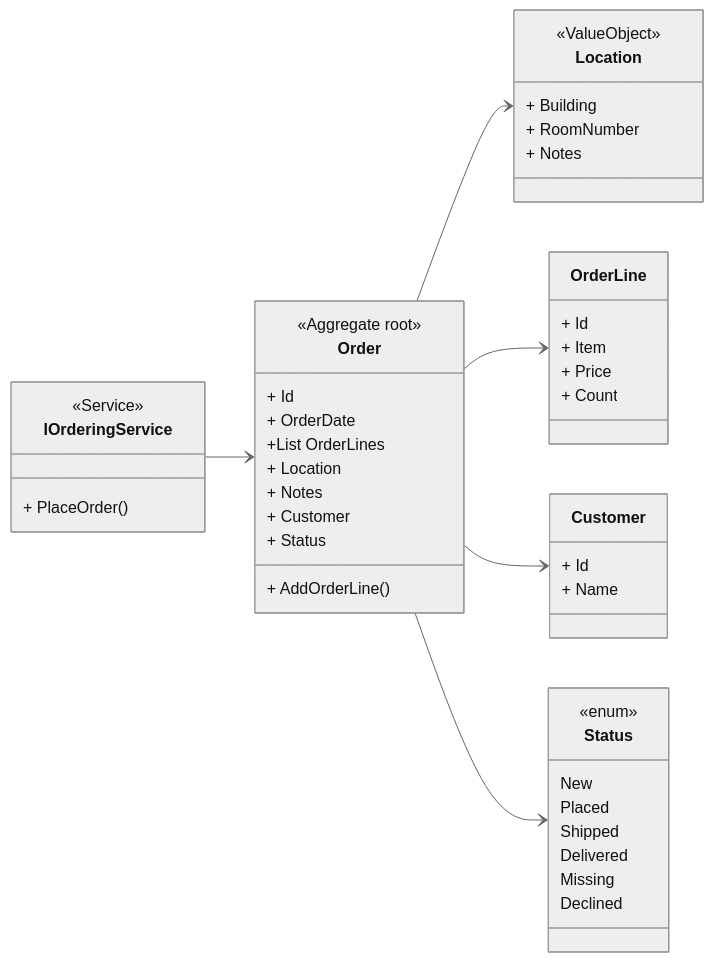
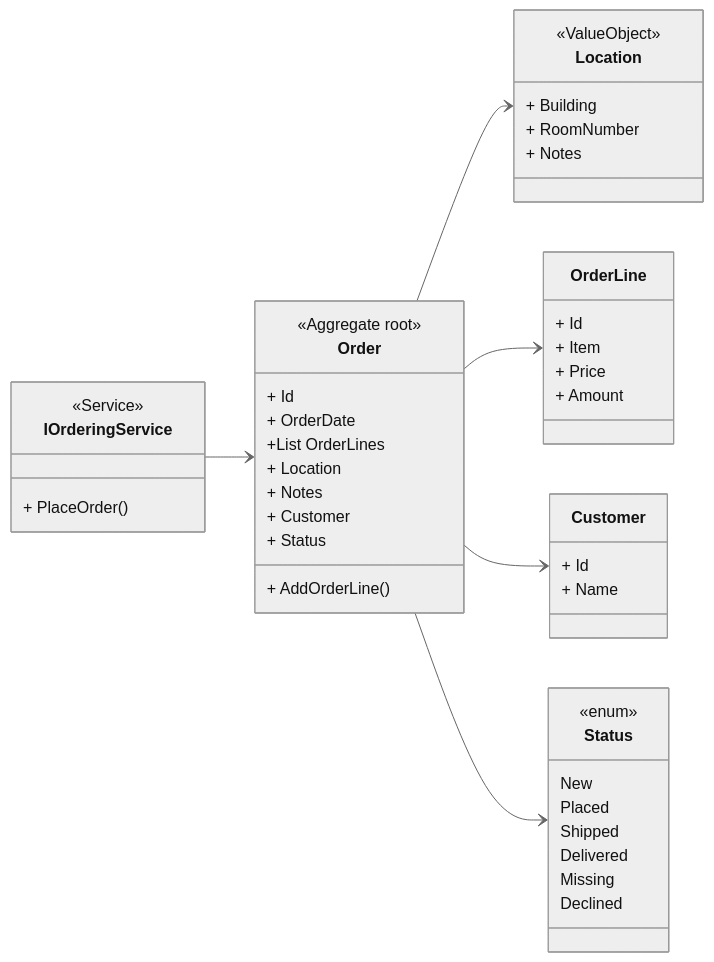
The diagram in Lab3/docs/4.mmd (dat240-2022/assignments), drawn with Mermaid (neutral theme) before and after one commit. The commit also changed 10 other files, not shown here.

```diff
--- a/Lab3/docs/4.mmd
+++ b/Lab3/docs/4.mmd
@@ -1,49 +1,49 @@
 
 classDiagram
     direction LR
     class IOrderingService {
         <<Service>>
         + PlaceOrder()
     }
     class Order {
         <<Aggregate root>>
         + Id
         + OrderDate
         +List OrderLines
         + Location
         + Notes
         + Customer
         + Status
         + AddOrderLine()
     }
 
     class OrderLine{
         + Id
         + Item
         + Price
-        + Count
+        + Amount
     }
     class Location {
         <<ValueObject>>
         + Building
         + RoomNumber
         + Notes
     }
     class Customer {
         + Id
         + Name
     }
     class Status {
         <<enum>>
         New
         Placed
         Shipped
         Delivered
         Missing
         Declined
     }
     IOrderingService --> Order
     Order --> Location
     Order --> OrderLine
     Order --> Customer
     Order --> Status
```
